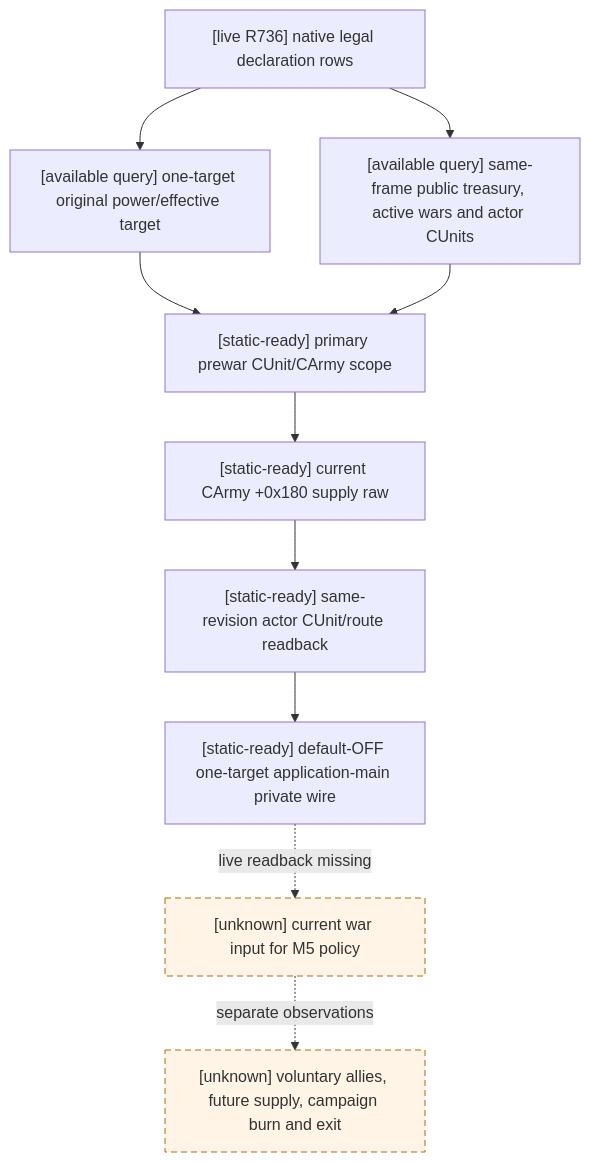
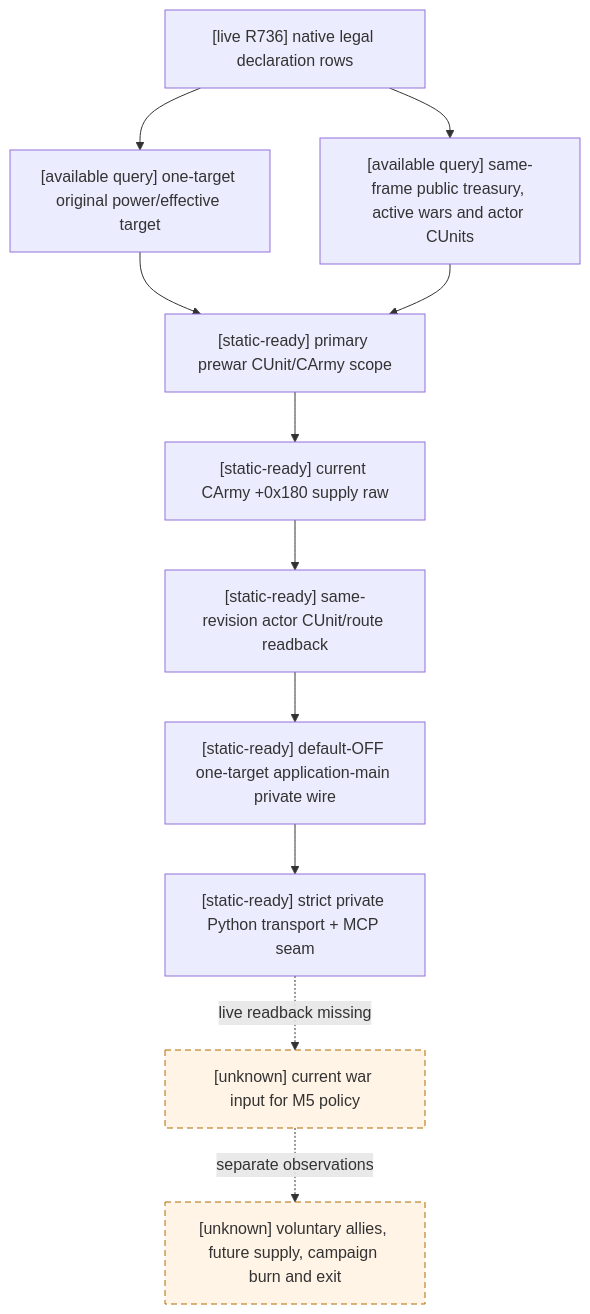
Before and after one commit to XenoAmess/ck3_eternal_recurrence: the diagram in docs/ck3-native-ai/m5-war-primary-current-readback-2026-09-16.md, drawn with Mermaid. The commit also changed other lines of this file and 4 other files, not shown here.

Commit message:
Add private M5 current war resource transport

````diff
--- a/docs/ck3-native-ai/m5-war-primary-current-readback-2026-09-16.md
+++ b/docs/ck3-native-ai/m5-war-primary-current-readback-2026-09-16.md
@@ -24,14 +26,15 @@
 ```mermaid
 flowchart TD
   A["[live R736] native legal declaration rows"] --> B["[available query] one-target original power/effective target"]
   A --> C["[available query] same-frame public treasury, active wars and actor CUnits"]
   B --> D["[static-ready] primary prewar CUnit/CArmy scope"]
   C --> D
   D --> E["[static-ready] current CArmy +0x180 supply raw"]
   E --> F["[static-ready] same-revision actor CUnit/route readback"]
   F --> P["[static-ready] default-OFF one-target application-main private wire"]
-  P -. "live readback missing" .-> G["[unknown] current war input for M5 policy"]
+  P --> T["[static-ready] strict private Python transport + MCP seam"]
+  T -. "live readback missing" .-> G["[unknown] current war input for M5 policy"]
   G -. "separate observations" .-> H["[unknown] voluntary allies, future supply, campaign burn and exit"]
   classDef unknown stroke-dasharray:6 4,fill:#fff4e5,stroke:#b36b00;
   class G,H unknown;
 ```
````
